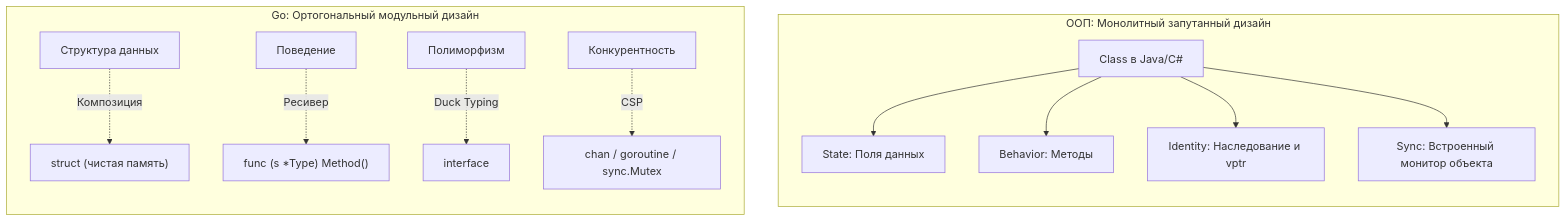
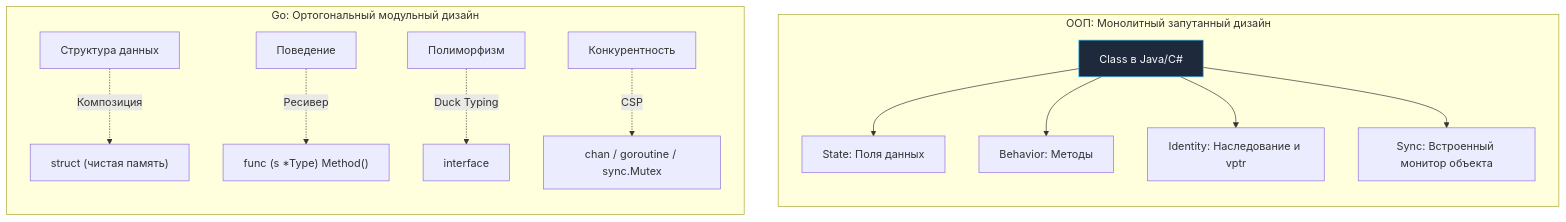
Before and after one commit to UnrealTemplier/go-textbook: the diagram in sources/4. История и философия Go/7. The Zen of Go и официальные принципы языка.md, drawn with Mermaid. The commit also changed 1666 other files, not shown here.

First line of the commit message:
feat(mermaid): add semantic color classDef to 1369 colorless flowchart/graph diagrams

````diff
--- a/sources/4. История и философия Go/7. The Zen of Go и официальные принципы языка.md
+++ b/sources/4. История и философия Go/7. The Zen of Go и официальные принципы языка.md
@@ -29,18 +29,28 @@
 ```mermaid
 flowchart TD
+    classDef process  fill:#1e293b,stroke:#38bdf8,stroke-width:1px,color:#f8fafc
+    classDef success  fill:#064e3b,stroke:#34d399,stroke-width:1px,color:#f8fafc
+    classDef error    fill:#7f1d1d,stroke:#f87171,stroke-width:1px,color:#f8fafc
+    classDef warning  fill:#78350f,stroke:#fbbf24,stroke-width:1px,color:#f8fafc
+    classDef entry    fill:#1e3a5f,stroke:#38bdf8,stroke-width:2px,color:#f8fafc
+    classDef aux      fill:#334155,stroke:#64748b,stroke-width:1px,color:#f8fafc
+    classDef system   fill:#312e81,stroke:#a78bfa,stroke-width:1px,color:#f8fafc
+    classDef data     fill:#132d29,stroke:#2dd4bf,stroke-width:1px,color:#f8fafc
+    classDef network  fill:#881337,stroke:#fb7185,stroke-width:1px,color:#f8fafc
+    classDef accent   fill:#1e1b4b,stroke:#818cf8,stroke-width:1px,color:#f8fafc
     subgraph OOP["ООП: Монолитный запутанный дизайн"]
         direction TB
-        A["Class в Java/C#"] --> B["State: Поля данных"]
+        A["Class в Java/C#"]:::process --> B["State: Поля данных"]
         A --> C["Behavior: Методы"]
         A --> D["Identity: Наследование и vptr"]
         A --> E["Sync: Встроенный монитор объекта"]
     end
 
     subgraph GoDesign["Go: Ортогональный модульный дизайн"]
         direction TB
         F["Структура данных"] -.->|"Композиция"| G["struct (чистая память)"]
         H["Поведение"] -.->|"Ресивер"| I["func (s *Type) Method()"]
         J["Полиморфизм"] -.->|"Duck Typing"| K["interface"]
         L["Конкурентность"] -.->|"CSP"| M["chan / goroutine / sync.Mutex"]
     end
 ```
````
